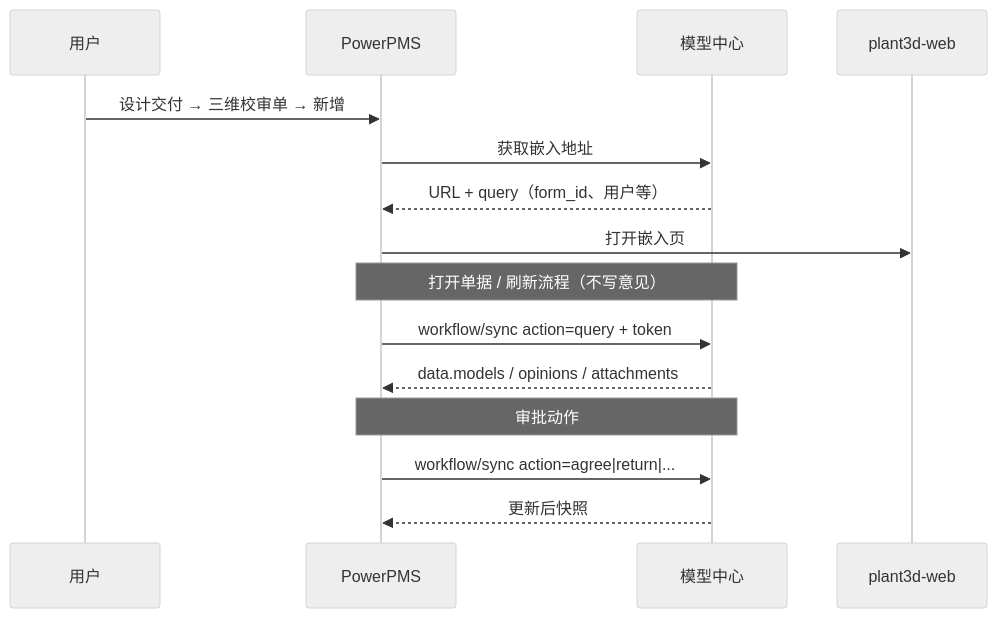
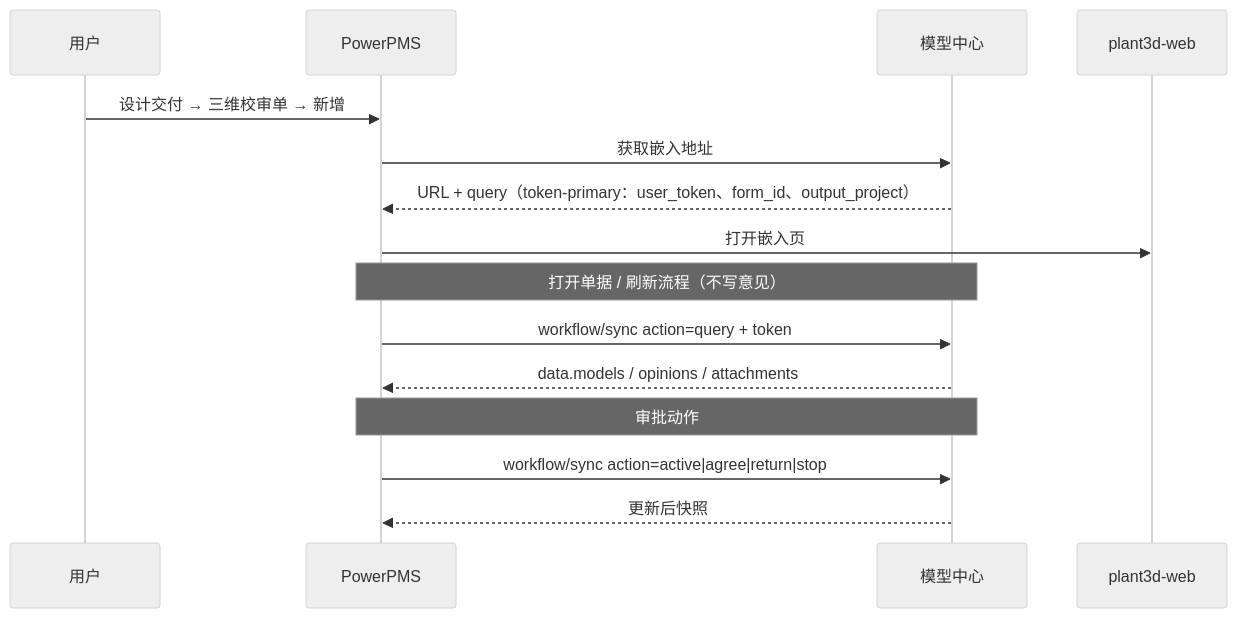
Before and after one commit to happyrust/plant3d-web: the second of 2 diagrams in docs/verification/pms-3d-review-integration-e2e.md, drawn with Mermaid (neutral theme). The commit also changed other lines of this file and 19 other files, not shown here.

Commit message:
fix(review): complete pms simulator workflow evidence chain

````diff
--- a/docs/verification/pms-3d-review-integration-e2e.md
+++ b/docs/verification/pms-3d-review-integration-e2e.md
@@ -221,20 +256,20 @@
 ```mermaid
 sequenceDiagram
   participant U as 用户
   participant PMS as PowerPMS
   participant MC as 模型中心
   participant P3D as plant3d-web
 
   U->>PMS: 设计交付 → 三维校审单 → 新增
   PMS->>MC: 获取嵌入地址
-  MC-->>PMS: URL + query（form_id、用户等）
+  MC-->>PMS: URL + query（token-primary：user_token、form_id、output_project）
   PMS->>P3D: 打开嵌入页
 
   Note over PMS,MC: 打开单据 / 刷新流程（不写意见）
   PMS->>MC: workflow/sync action=query + token
   MC-->>PMS: data.models / opinions / attachments
 
   Note over PMS,MC: 审批动作
-  PMS->>MC: workflow/sync action=agree|return|...
+  PMS->>MC: workflow/sync action=active|agree|return|stop
   MC-->>PMS: 更新后快照
 ```
````
